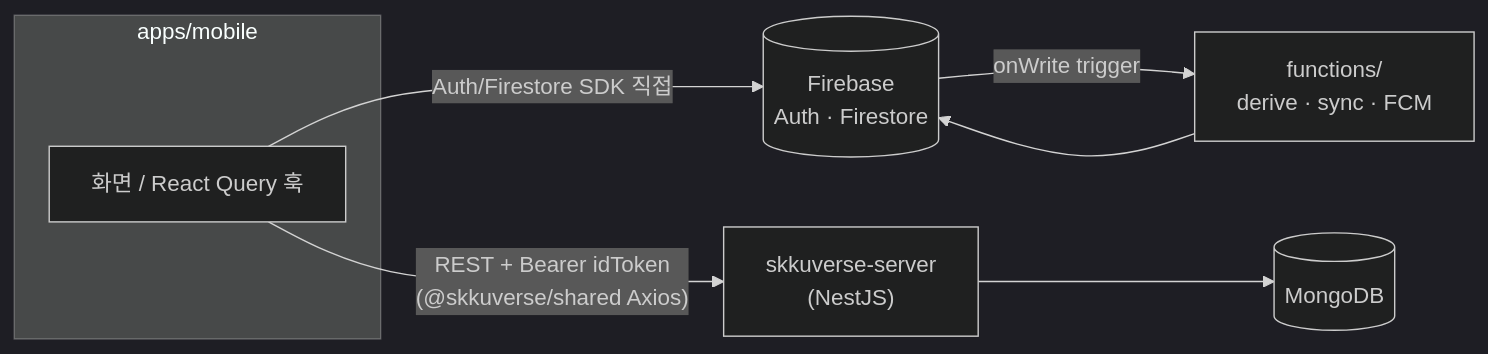
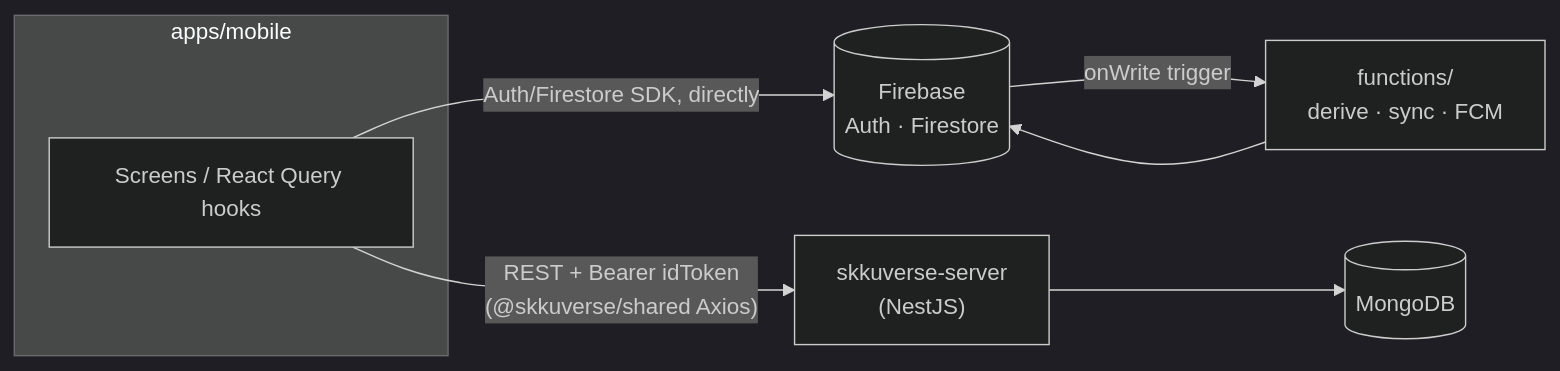
One commit to spencer0124/skkuverse-app changed the first of 2 diagrams in docs/explanation/architecture.md. Above: the diagram before and after it, drawn with Mermaid (dark theme). The commit also changed other lines of this file and 1 other file, not shown here.

First line of the commit message:
docs(explanation): translate the architecture overview and notices feature

````diff
--- a/docs/explanation/architecture.md
+++ b/docs/explanation/architecture.md
@@ -35,12 +44,12 @@
 ```mermaid
 flowchart LR
   subgraph mobile["apps/mobile"]
-    UI["화면 / React Query 훅"]
+    UI["Screens / React Query hooks"]
   end
 
-  UI -- "Auth/Firestore SDK 직접" --> FB[("Firebase<br/>Auth · Firestore")]
+  UI -- "Auth/Firestore SDK, directly" --> FB[("Firebase<br/>Auth · Firestore")]
   FB -- "onWrite trigger" --> CF["functions/<br/>derive · sync · FCM"]
   CF --> FB
   UI -- "REST + Bearer idToken<br/>(@skkuverse/shared Axios)" --> SRV["skkuverse-server<br/>(NestJS)"]
   SRV --> MDB[("MongoDB")]
 ```
````
